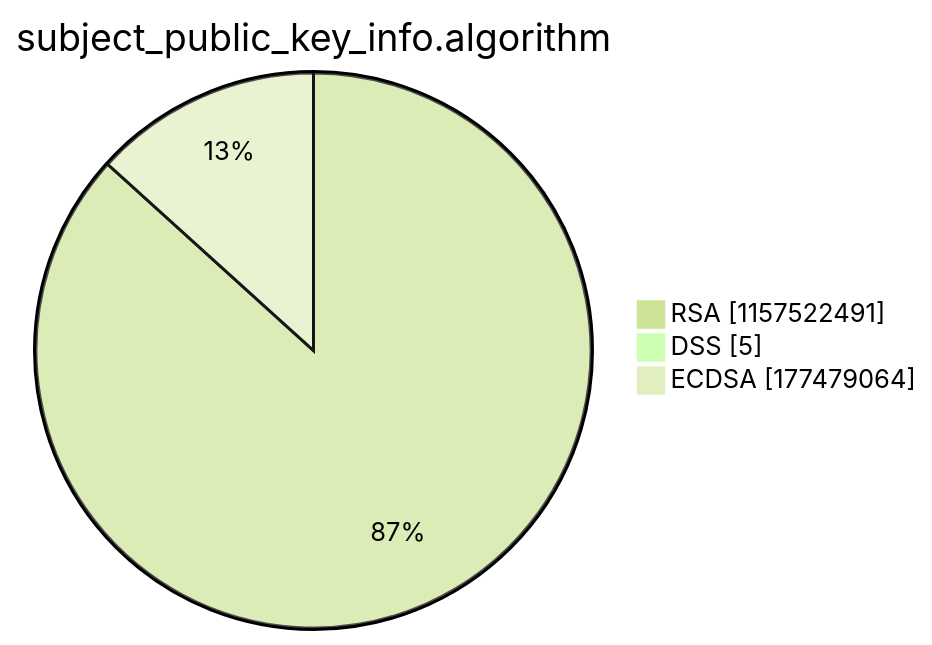
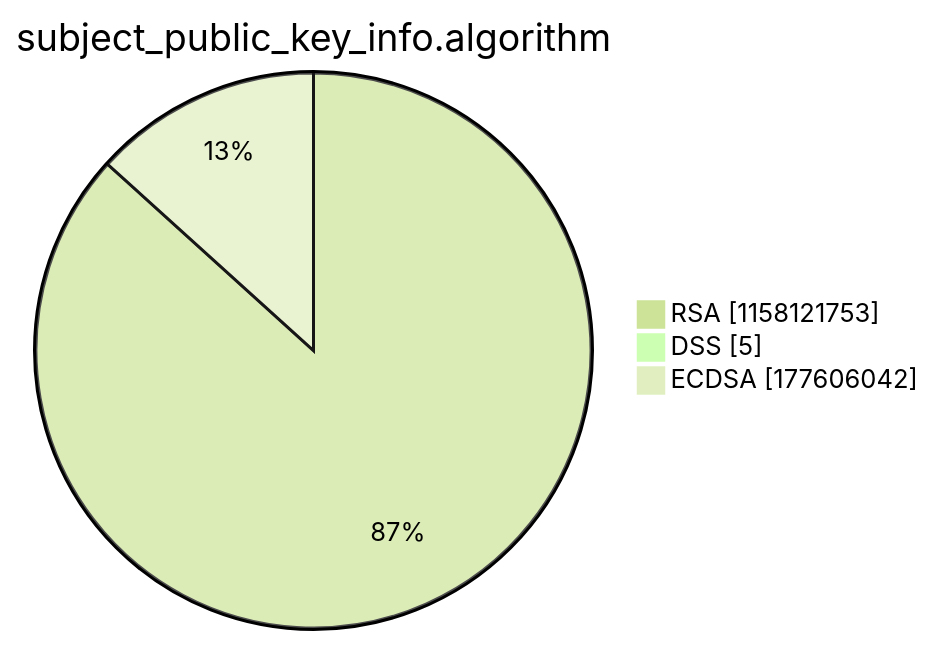
Before and after one commit to christiankrug/ctmonitor_visualization: the third of 15 diagrams in argon2022/README.md, drawn with Mermaid (forest theme). The commit also changed other lines of this file, not shown here.

````diff
--- a/argon2022/README.md
+++ b/argon2022/README.md
@@ -14,7 +14,7 @@
 ```mermaid
 pie showData
 title subject_public_key_info.algorithm
-"RSA" :1157522491
+"RSA" :1158121753
 "DSS" :5
-"ECDSA" :177479064
+"ECDSA" :177606042
 ```
````
